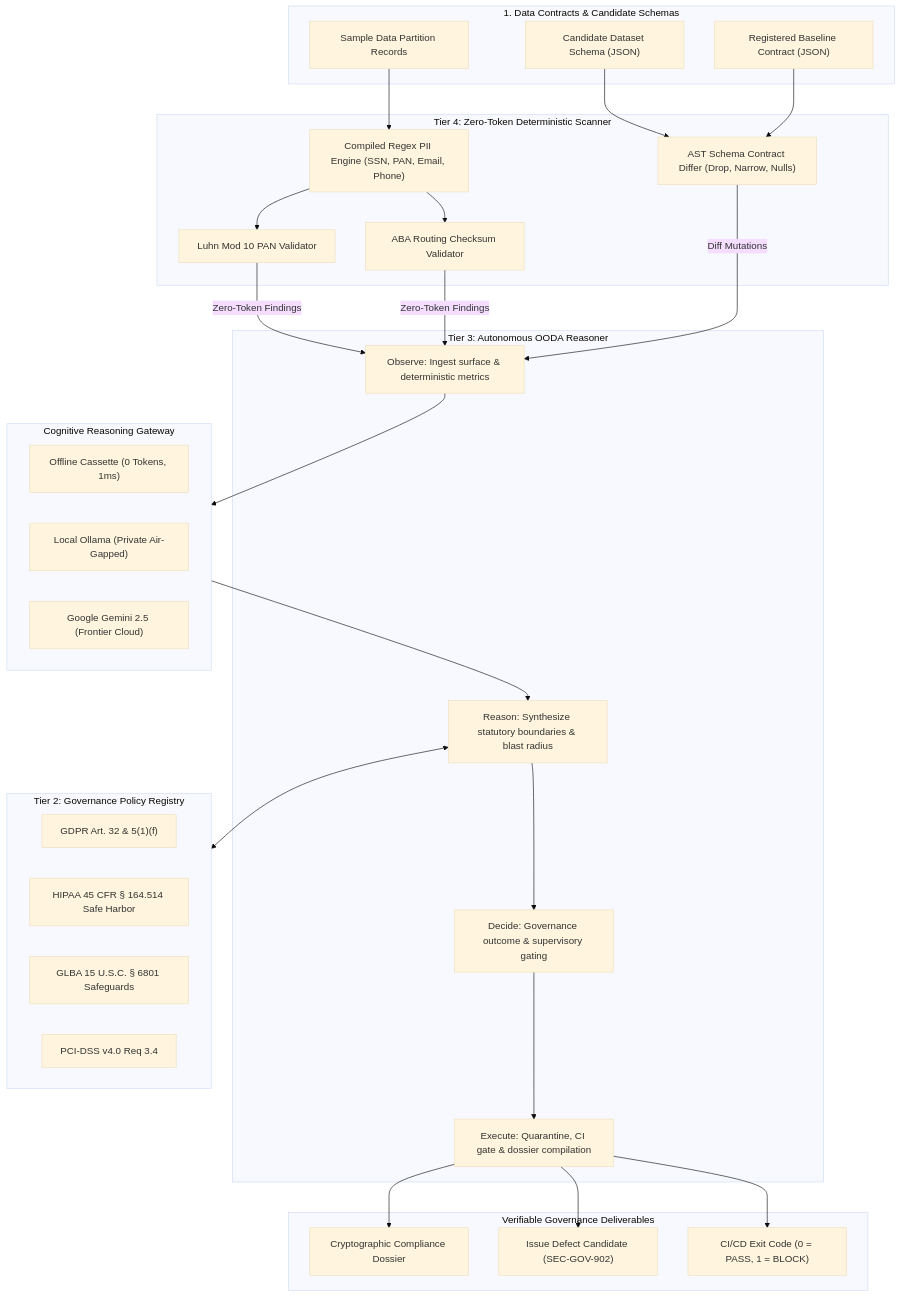
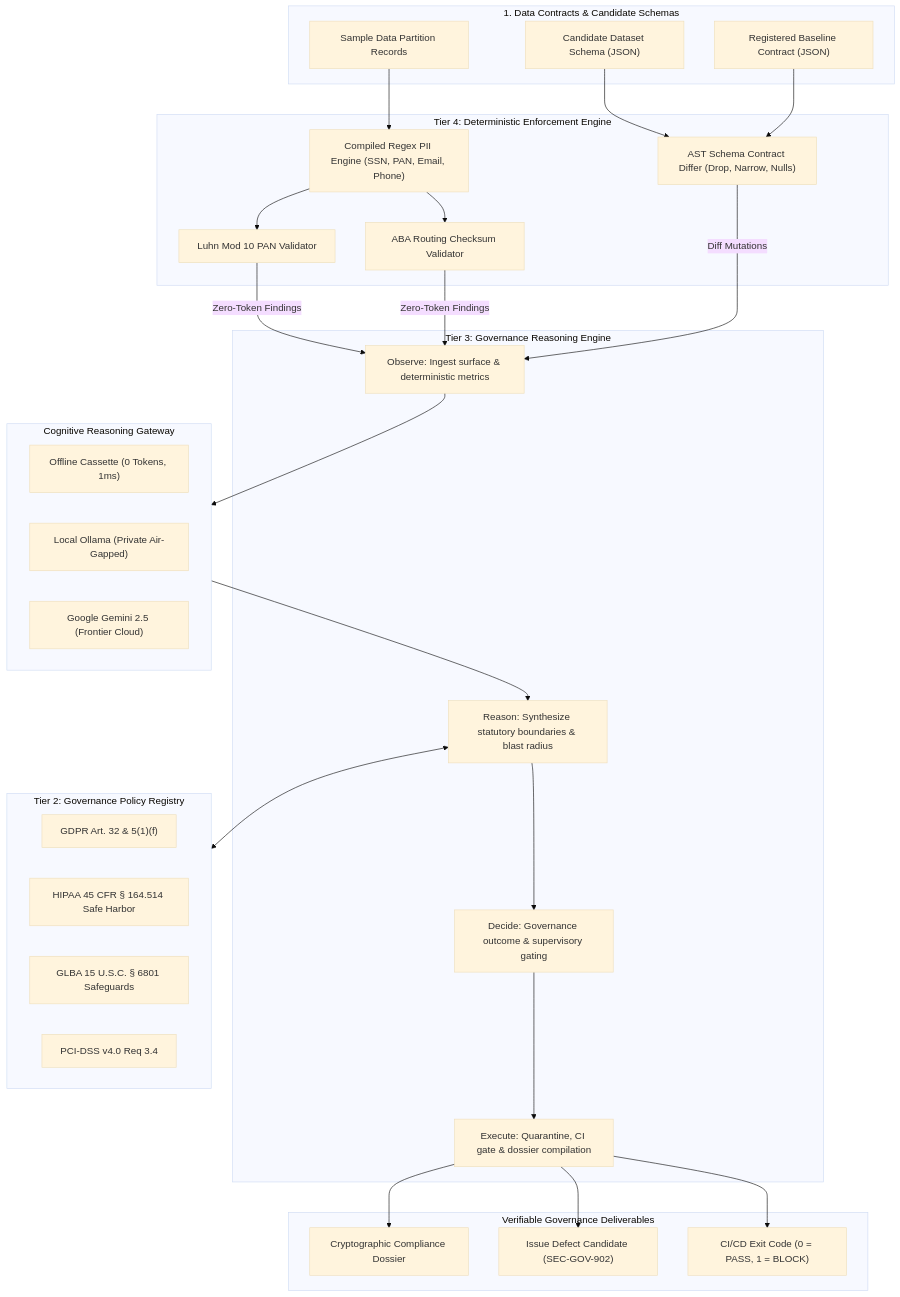
The diagram in docs/ARCHITECTURE.md (abulslab/Enterprise-Data-Governance-Agent), drawn with Mermaid (base theme) before and after one commit. The commit also changed other lines of this file and 1 other file, not shown here.

Commit message:
docs(release): polish README problem statement, differentiators, and 5-tier architecture

````diff
--- a/docs/ARCHITECTURE.md
+++ b/docs/ARCHITECTURE.md
@@ -5,62 +5,62 @@
 ```mermaid
 flowchart TD
     subgraph Ingestion ["1. Data Contracts & Candidate Schemas"]
         Schema["Candidate Dataset Schema (JSON)"]
         Baseline["Registered Baseline Contract (JSON)"]
         Sample["Sample Data Partition Records"]
     end
 
-    subgraph Tier4 ["Tier 4: Zero-Token Deterministic Scanner"]
+    subgraph Tier4 ["Tier 4: Deterministic Enforcement Engine"]
         Regex["Compiled Regex PII Engine (SSN, PAN, Email, Phone)"]
         Luhn["Luhn Mod 10 PAN Validator"]
         Aba["ABA Routing Checksum Validator"]
         AST["AST Schema Contract Differ (Drop, Narrow, Nulls)"]
     end
 
-    subgraph Tier3 ["Tier 3: Autonomous OODA Reasoner"]
+    subgraph Tier3 ["Tier 3: Governance Reasoning Engine"]
         Observe["Observe: Ingest surface & deterministic metrics"]
         Reason["Reason: Synthesize statutory boundaries & blast radius"]
         Decide["Decide: Governance outcome & supervisory gating"]
         Execute["Execute: Quarantine, CI gate & dossier compilation"]
     end
 
     subgraph Tier2 ["Tier 2: Governance Policy Registry"]
         GDPR["GDPR Art. 32 & 5(1)(f)"]
         HIPAA["HIPAA 45 CFR § 164.514 Safe Harbor"]
         GLBA["GLBA 15 U.S.C. § 6801 Safeguards"]
         PCI["PCI-DSS v4.0 Req 3.4"]
     end
 
     subgraph Gateway ["Cognitive Reasoning Gateway"]
         direction LR
         Mock["Offline Cassette (0 Tokens, 1ms)"]
         Ollama["Local Ollama (Private Air-Gapped)"]
         Gemini["Google Gemini 2.5 (Frontier Cloud)"]
     end
 
     subgraph Deliverables ["Verifiable Governance Deliverables"]
         Dossier["Cryptographic Compliance Dossier"]
         Ticket["Issue Defect Candidate (SEC-GOV-902)"]
         CIGate["CI/CD Exit Code (0 = PASS, 1 = BLOCK)"]
     end
 
     Schema --> AST
     Baseline --> AST
     Sample --> Regex
     Regex --> Luhn
     Regex --> Aba
 
     Luhn -->|Zero-Token Findings| Observe
     Aba -->|Zero-Token Findings| Observe
     AST -->|Diff Mutations| Observe
 
     Observe --> Gateway
     Gateway --> Reason
     Reason <--> Tier2
     Reason --> Decide
     Decide --> Execute
 
     Execute --> Dossier
     Execute --> Ticket
     Execute --> CIGate
 ```
````
